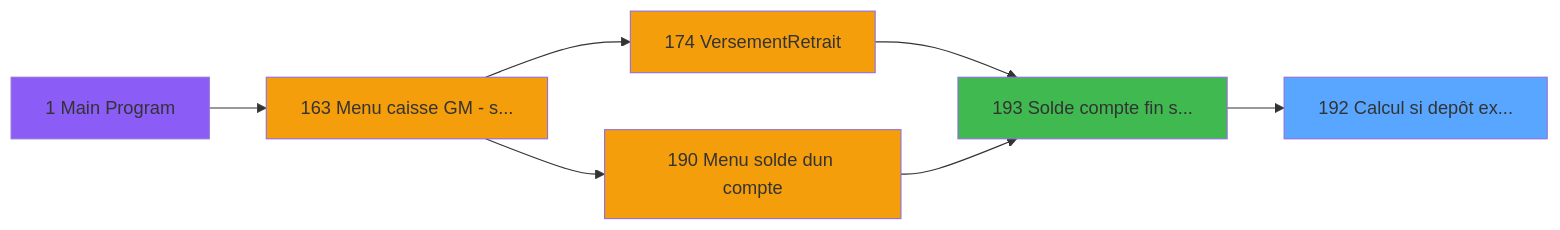
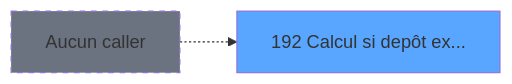
Before and after one commit to thonyAGP/magic-migration: the second of 3 diagrams in .openspec/specs/ADH-IDE-192.md, drawn with Mermaid. The commit also changed other lines of this file and 493 other files, not shown here.

````diff
--- a/.openspec/specs/ADH-IDE-192.md
+++ b/.openspec/specs/ADH-IDE-192.md
@@ -197,21 +205,8 @@
 ```mermaid
 graph LR
     T192[192 Calcul si depôt ex...]
     style T192 fill:#58a6ff
-    CC1[1 Main Program]
-    style CC1 fill:#8b5cf6
-    CC163[163 Menu caisse GM - s...]
-    style CC163 fill:#f59e0b
-    CC190[190 Menu solde dun compte]
-    style CC190 fill:#f59e0b
-    CC174[174 VersementRetrait]
-    style CC174 fill:#f59e0b
-    CC193[193 Solde compte fin s...]
-    style CC193 fill:#3fb950
-    CC174 --> CC193
-    CC190 --> CC193
-    CC163 --> CC174
-    CC163 --> CC190
-    CC1 --> CC163
-    CC193 --> T192
+    NONE[Aucun caller]
+    NONE -.-> T192
+    style NONE fill:#6b7280,stroke-dasharray: 5 5
 ```
````
